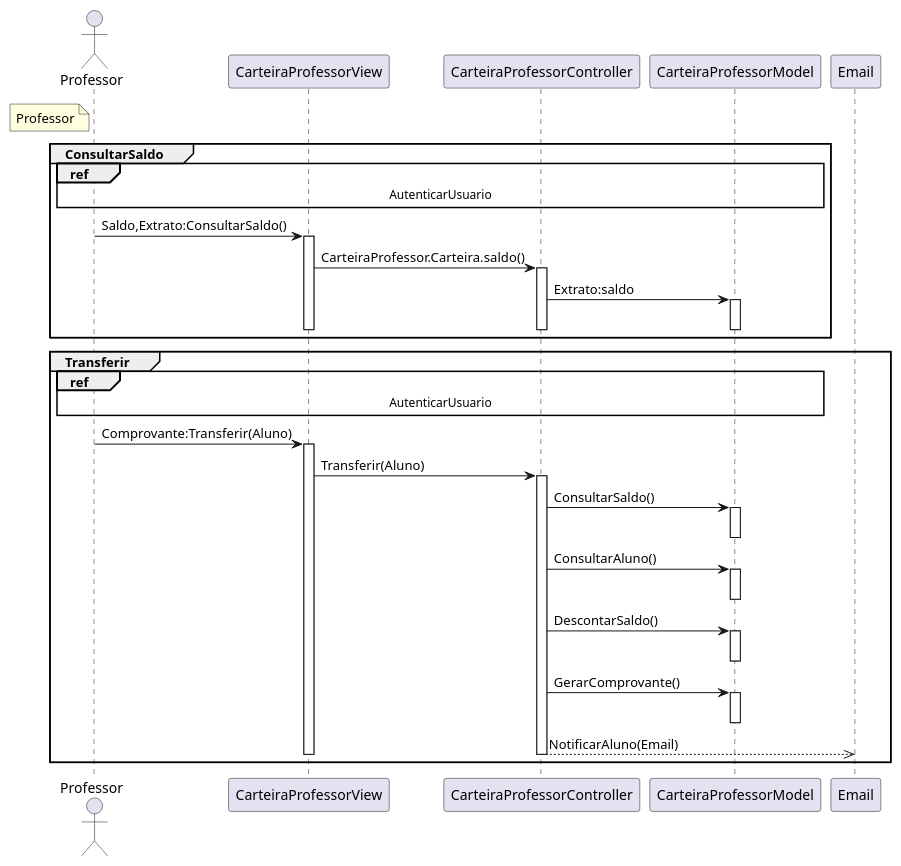
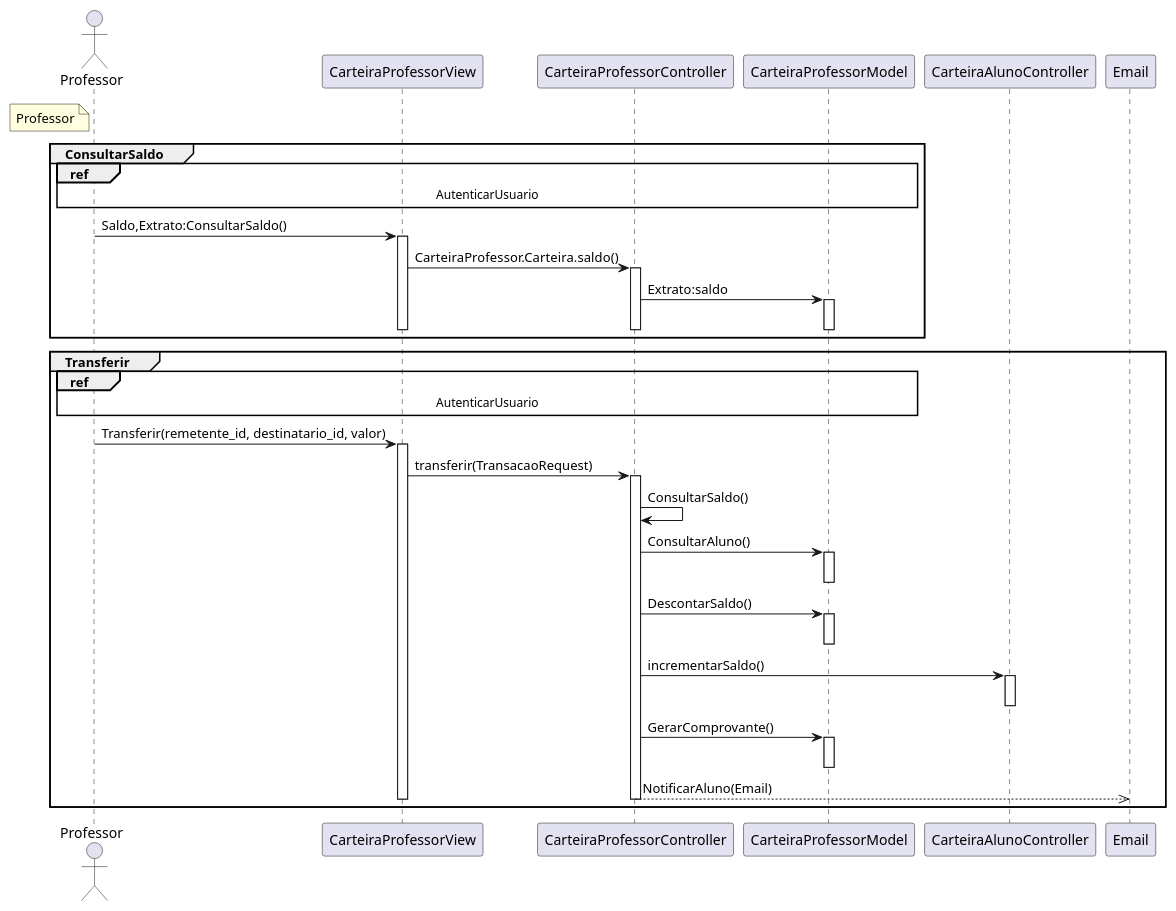
Before and after one commit to G4BR-13-L/lab-desenvolvimento-de-software: the diagram in laboratorio-4/sprint-2/projeto/plantuml/sequencia/Professor.plantuml, drawn with PlantUML. The commit also changed 1 other file, not shown here.

Commit message:
Diagrama de transferencia de moedas atualizado

```diff
--- a/laboratorio-4/sprint-2/projeto/plantuml/sequencia/Professor.plantuml
+++ b/laboratorio-4/sprint-2/projeto/plantuml/sequencia/Professor.plantuml
@@ -1,52 +1,53 @@
 @startuml Professor
 
 actor "Professor" as Professor
 note left of Professor #LightYellow
     Professor
 end note
 
 participant "CarteiraProfessorView" as CarteiraProfessorView
 participant "CarteiraProfessorController" as CarteiraProfessorController
 participant "CarteiraProfessorModel" as CarteiraProfessorModel
 
 group ConsultarSaldo
     ref over Professor,CarteiraProfessorView, CarteiraProfessorController, CarteiraProfessorModel : AutenticarUsuario
     Professor -> CarteiraProfessorView : Saldo,Extrato:ConsultarSaldo()
     activate CarteiraProfessorView
     CarteiraProfessorView -> CarteiraProfessorController : CarteiraProfessor.Carteira.saldo()
     activate CarteiraProfessorController
     CarteiraProfessorController -> CarteiraProfessorModel : Extrato:saldo
     activate CarteiraProfessorModel
     deactivate CarteiraProfessorModel
     deactivate CarteiraProfessorController
     deactivate CarteiraProfessorView
 end
 
 group Transferir
     ref over Professor,CarteiraProfessorView, CarteiraProfessorController, CarteiraProfessorModel : AutenticarUsuario
-    Professor -> CarteiraProfessorView :  Comprovante:Transferir(Aluno)
+    Professor -> CarteiraProfessorView :  Transferir(remetente_id, destinatario_id, valor)
     activate CarteiraProfessorView
-    CarteiraProfessorView -> CarteiraProfessorController : Transferir(Aluno)
+    CarteiraProfessorView -> CarteiraProfessorController : transferir(TransacaoRequest)
     activate CarteiraProfessorController
-    CarteiraProfessorController -> CarteiraProfessorModel : ConsultarSaldo()
-    activate CarteiraProfessorModel
-    deactivate CarteiraProfessorModel
+    CarteiraProfessorController -> CarteiraProfessorController : ConsultarSaldo()
     CarteiraProfessorController -> CarteiraProfessorModel : ConsultarAluno()
     activate CarteiraProfessorModel
     deactivate  CarteiraProfessorModel
     CarteiraProfessorController -> CarteiraProfessorModel : DescontarSaldo()
     activate CarteiraProfessorModel
     deactivate CarteiraProfessorModel
+    CarteiraProfessorController -> CarteiraAlunoController: incrementarSaldo()
+    activate CarteiraAlunoController
+    deactivate CarteiraAlunoController
     CarteiraProfessorController -> CarteiraProfessorModel : GerarComprovante()
     activate CarteiraProfessorModel
     deactivate CarteiraProfessorModel
     CarteiraProfessorController -->> Email : NotificarAluno(Email)
     deactivate CarteiraProfessorController
     deactivate CarteiraProfessorView
 end
 ' --> Sincrono
 ' -->> Assincrono
 ' <-- Retorno Sincrono
 ' <<-- Retorno Assíncrono
 
 @enduml
```
